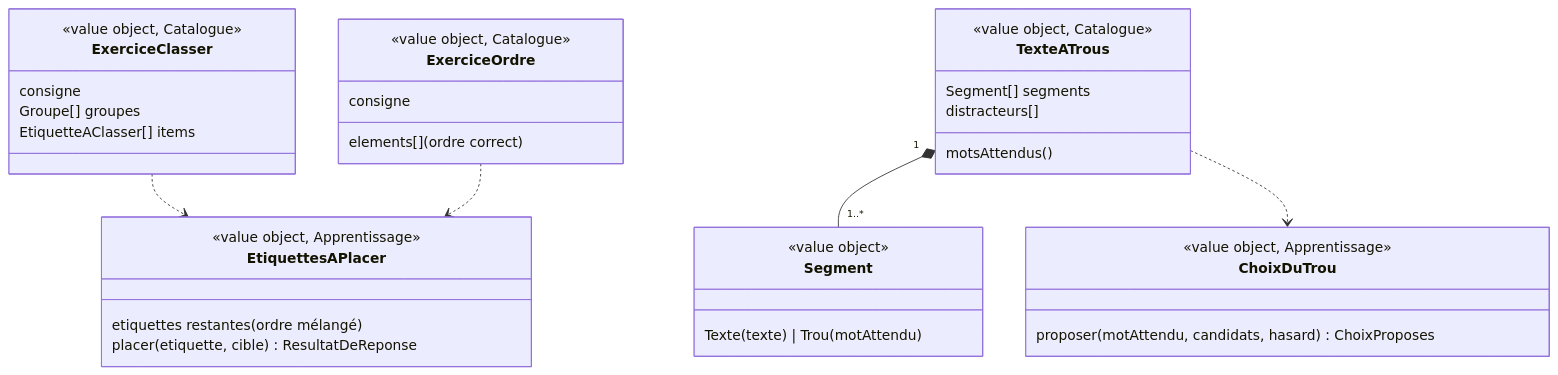
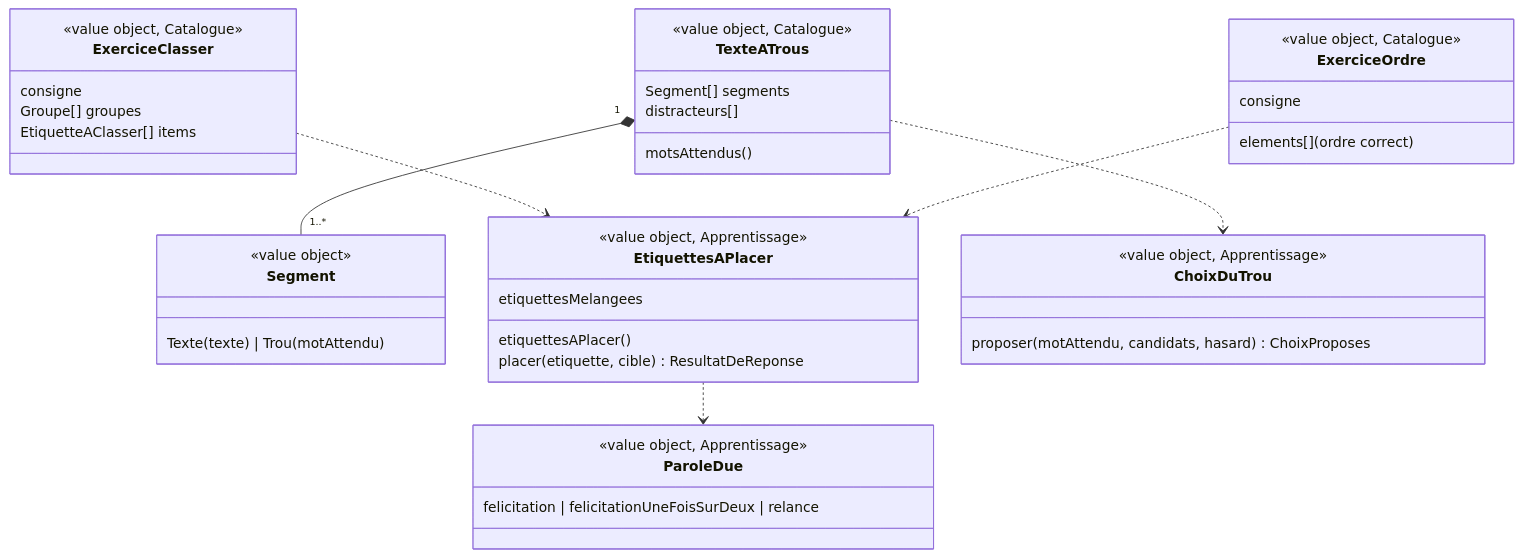
The diagram in docs/stories/18/domain-model.md (SBA-dev/github-move), drawn with Mermaid before and after one commit. The commit also changed other lines of this file and 3 other files, not shown here.

First line of the commit message:
docs(#18): plateau mot d'interface, relance de Motivation, parole due

````diff
--- a/docs/stories/18/domain-model.md
+++ b/docs/stories/18/domain-model.md
@@ -48,37 +51,43 @@
 ```mermaid
 classDiagram
   class ExerciceClasser {
     <<value object, Catalogue>>
     consigne
     Groupe[] groupes
     EtiquetteAClasser[] items
   }
   class ExerciceOrdre {
     <<value object, Catalogue>>
     consigne
     elements[] (ordre correct)
   }
   class TexteATrous {
     <<value object, Catalogue>>
     Segment[] segments
     motsAttendus()
     distracteurs[]
   }
   class Segment {
     <<value object>>
     Texte(texte) | Trou(motAttendu)
   }
   class EtiquettesAPlacer {
     <<value object, Apprentissage>>
-    etiquettes restantes (ordre mélangé)
+    etiquettesMelangees
+    etiquettesAPlacer()
     placer(etiquette, cible) ResultatDeReponse
+  }
+  class ParoleDue {
+    <<value object, Apprentissage>>
+    felicitation | felicitationUneFoisSurDeux | relance
   }
   class ChoixDuTrou {
     <<value object, Apprentissage>>
     proposer(motAttendu, candidats, hasard) ChoixProposes
   }
   TexteATrous "1" *-- "1..*" Segment
   ExerciceClasser ..> EtiquettesAPlacer
   ExerciceOrdre ..> EtiquettesAPlacer
+  EtiquettesAPlacer ..> ParoleDue
   TexteATrous ..> ChoixDuTrou
 ```
````
